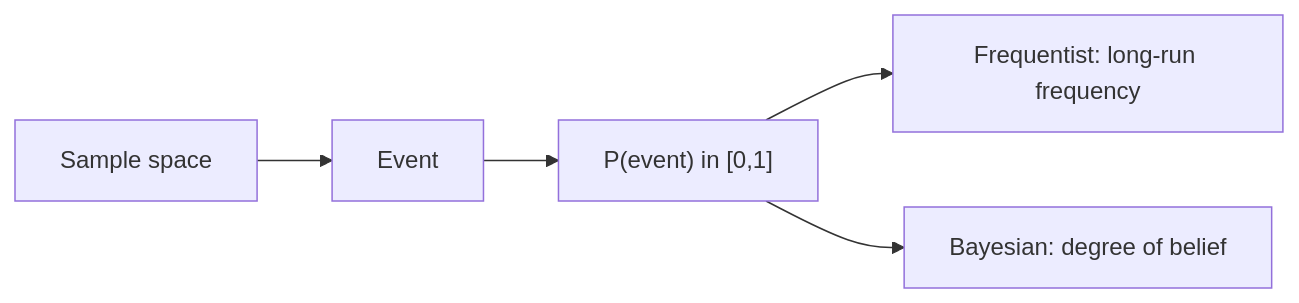
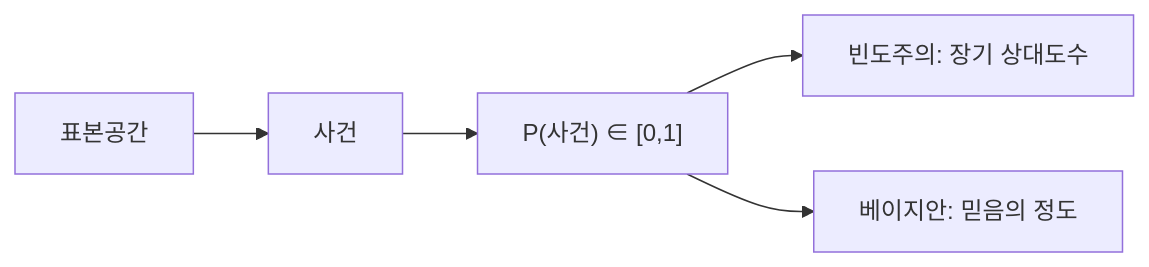
The diagram in content/probability-101/ko/01-what-is-probability.md (yeongseon-books/book-content), drawn with Mermaid before and after one commit. The commit also changed other lines of this file and 2 other files, not shown here.

````diff
--- a/content/probability-101/ko/01-what-is-probability.md
+++ b/content/probability-101/ko/01-what-is-probability.md
@@ -35,7 +49,7 @@
 ```mermaid
 flowchart LR
-    Sample["Sample space"] --> Event["Event"]
-    Event --> P["P(event) in [0,1]"]
-    P --> Freq["Frequentist: long-run frequency"]
-    P --> Bayes["Bayesian: degree of belief"]
+    Sample["표본공간"] --> Event["사건"]
+    Event --> P["P(사건) ∈ [0,1]"]
+    P --> Freq["빈도주의: 장기 상대도수"]
+    P --> Bayes["베이지안: 믿음의 정도"]
 ```
````
